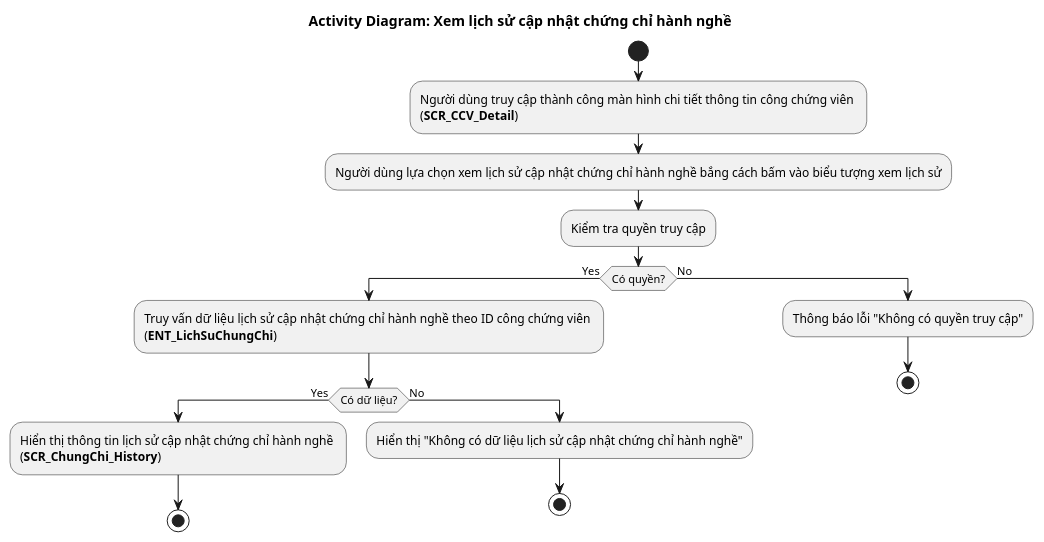
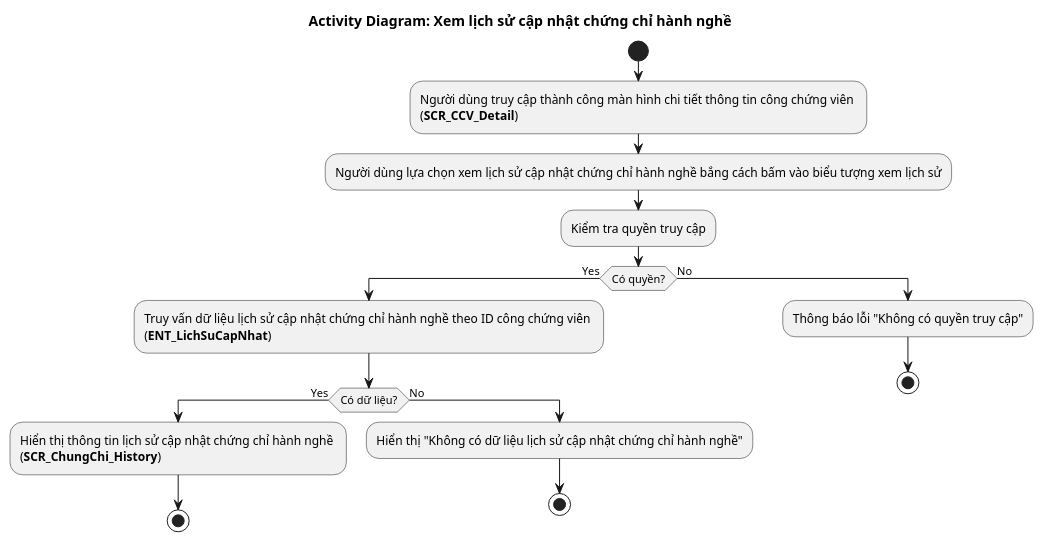
Before and after one commit to phuongpm23/nds-docs-test: the diagram in Quản lý công chứng viên/4.usecases/CongChungVien/LichSuChungChi/AD_ChungChi_History.puml, drawn with PlantUML. The commit also changed 26 other files, not shown here.

Commit message:
Update ERD

```diff
--- a/Quản lý công chứng viên/4.usecases/CongChungVien/LichSuChungChi/AD_ChungChi_History.puml
+++ b/Quản lý công chứng viên/4.usecases/CongChungVien/LichSuChungChi/AD_ChungChi_History.puml
@@ -1,22 +1,22 @@
 @startuml AD_ChungChi_Detail
 !pragma layout smetana
 title Activity Diagram: Xem lịch sử cập nhật chứng chỉ hành nghề
 
 start
 :Người dùng truy cập thành công màn hình chi tiết thông tin công chứng viên \n(**SCR_CCV_Detail**);
 :Người dùng lựa chọn xem lịch sử cập nhật chứng chỉ hành nghề bắng cách bấm vào biểu tượng xem lịch sử;
 :Kiểm tra quyền truy cập;
 if (Có quyền?) then (Yes)
-  :Truy vấn dữ liệu lịch sử cập nhật chứng chỉ hành nghề theo ID công chứng viên \n(**ENT_LichSuChungChi**);
+  :Truy vấn dữ liệu lịch sử cập nhật chứng chỉ hành nghề theo ID công chứng viên \n(**ENT_LichSuCapNhat**);
   if (Có dữ liệu?) then (Yes)
     :Hiển thị thông tin lịch sử cập nhật chứng chỉ hành nghề \n(**SCR_ChungChi_History**);
     stop
   else (No)
     :Hiển thị "Không có dữ liệu lịch sử cập nhật chứng chỉ hành nghề";
     stop
   endif
 else (No)
   :Thông báo lỗi "Không có quyền truy cập";
   stop
 endif
 @enduml
```
